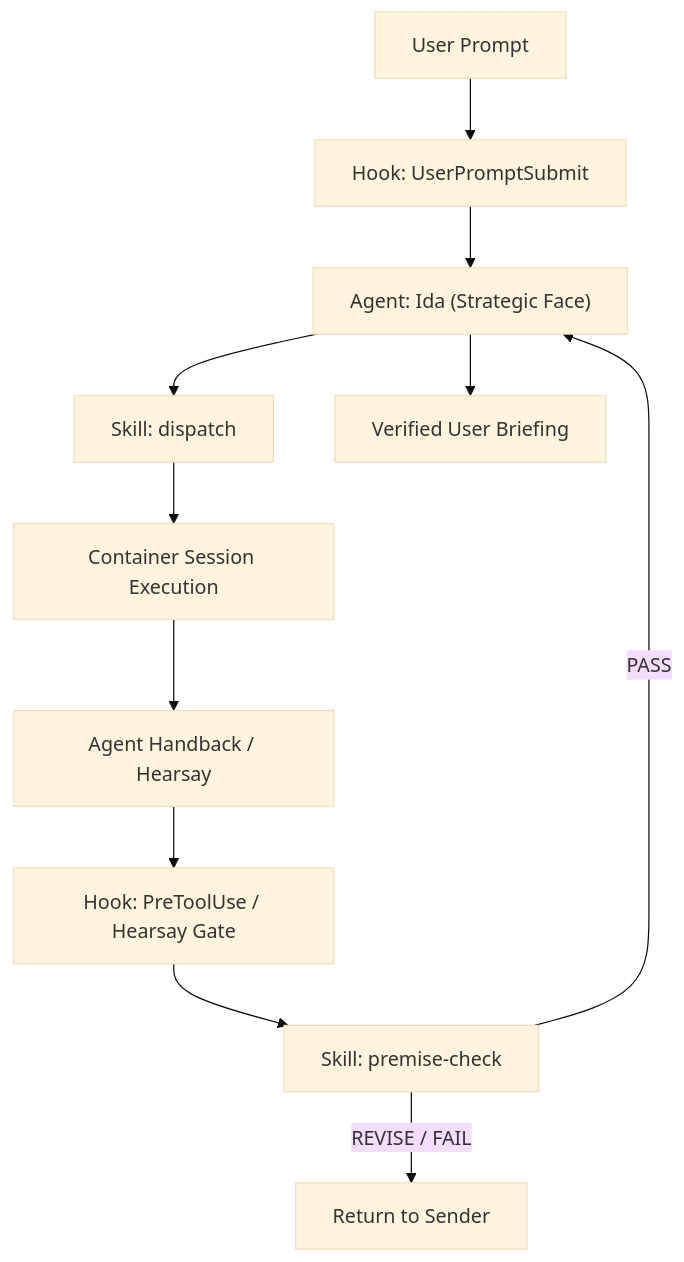
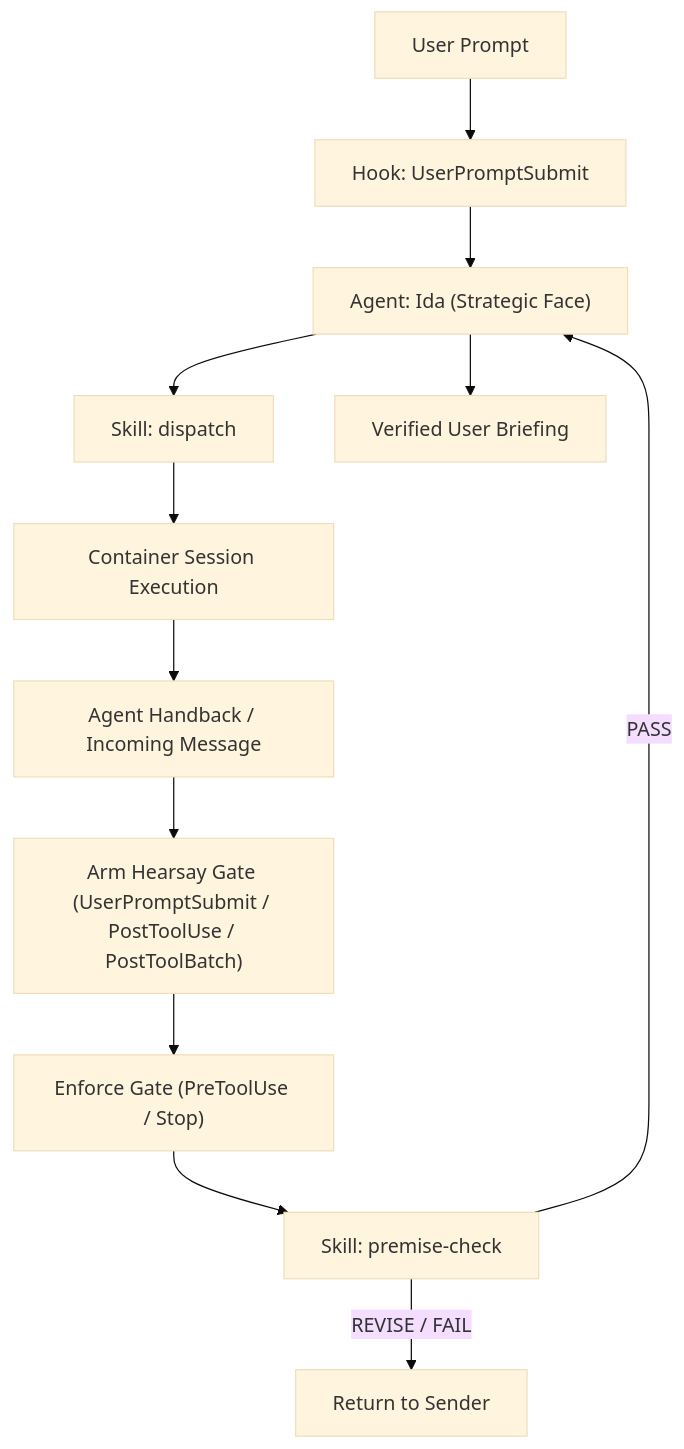
Before and after one commit to nicsuzor/academicOps: the diagram in plugins/ida/README.md, drawn with Mermaid (base theme). The commit also changed other lines of this file and 13 other files, not shown here.

````diff
--- a/plugins/ida/README.md
+++ b/plugins/ida/README.md
@@ -7,13 +7,14 @@
 ```mermaid
 flowchart TD
     User["User Prompt"] --> PromptSubmit["Hook: UserPromptSubmit"]
-    Report["Agent Handback / Hearsay"] --> PreTool["Hook: PreToolUse / Hearsay Gate"]
     PromptSubmit --> Ida["Agent: Ida (Strategic Face)"]
-    PreTool --> PremiseCheck["Skill: premise-check"]
+    Ida --> Dispatch["Skill: dispatch"]
+    Dispatch --> Workers["Container Session Execution"]
+    Workers --> Report["Agent Handback / Incoming Message"]
+    Report --> Arm["Arm Hearsay Gate (UserPromptSubmit / PostToolUse / PostToolBatch)"]
+    Arm --> Gate["Enforce Gate (PreToolUse / Stop)"]
+    Gate --> PremiseCheck["Skill: premise-check"]
     PremiseCheck -->|PASS| Ida
     PremiseCheck -->|REVISE / FAIL| ReturnSender["Return to Sender"]
-    Ida --> Dispatch["Skill: dispatch"]
-    Dispatch --> Workers["Container Session Execution"]
-    Workers --> Report
     Ida --> Output["Verified User Briefing"]
 ```
````
